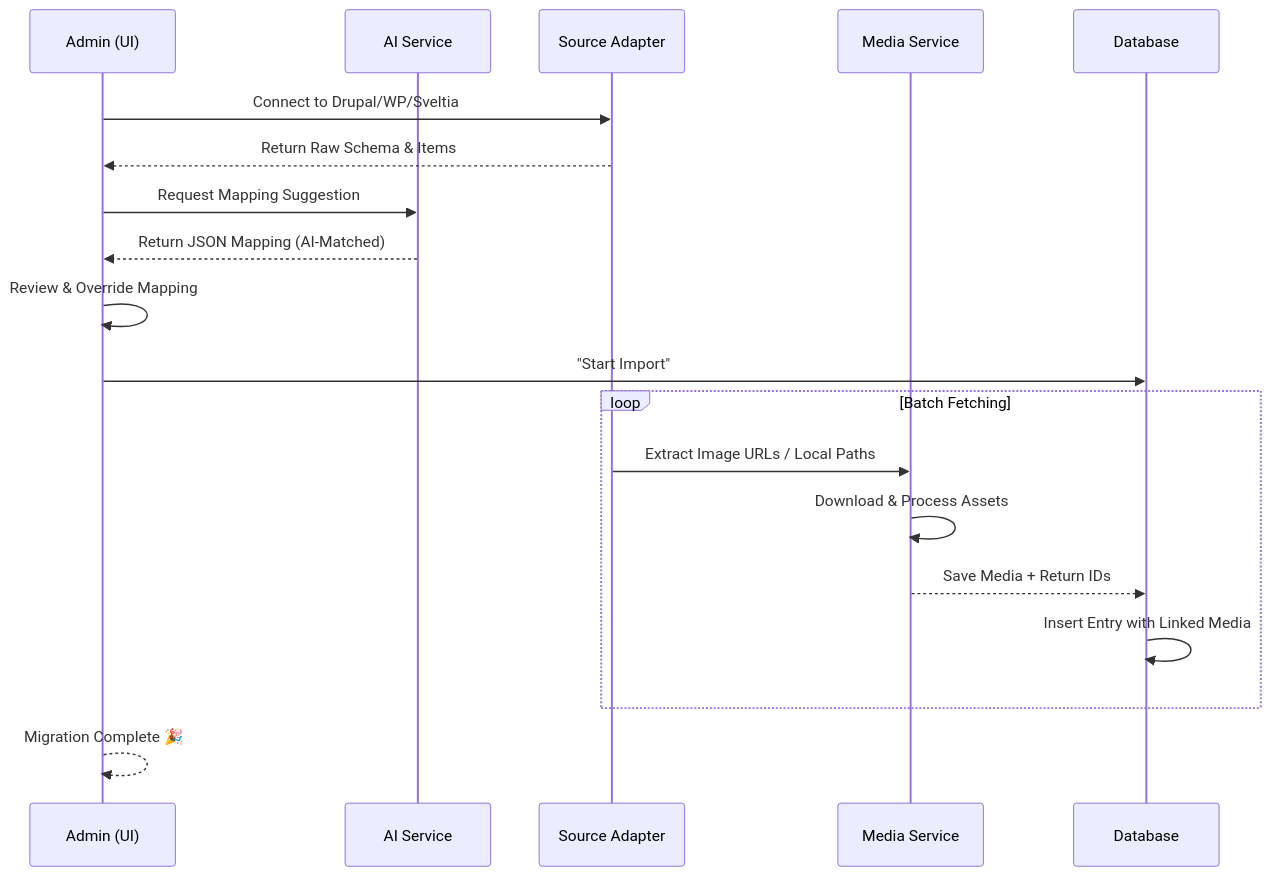
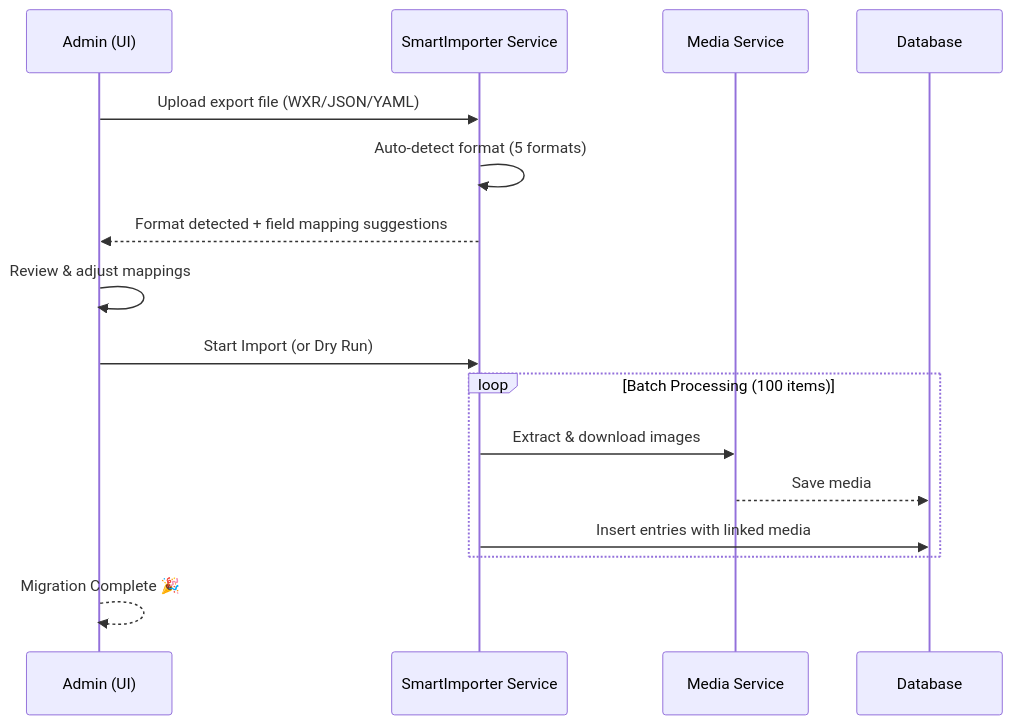
One commit to SveltyCMS/SveltyCMS changed the diagram in docs/guides/content/smart-importer.mdx. Above: the diagram before and after it, drawn with Mermaid. The commit also changed other lines of this file and 56 other files, not shown here.

````diff
--- a/docs/guides/content/smart-importer.mdx
+++ b/docs/guides/content/smart-importer.mdx
@@ -21,24 +23,21 @@
 ```mermaid
 sequenceDiagram
     participant User as Admin (UI)
-    participant AIS as AI Service
-    participant Adapter as Source Adapter
+    participant SI as SmartImporter Service
     participant Media as Media Service
     participant DB as Database
 
-    User->>Adapter: Connect to Drupal/WP/Sveltia
-    Adapter-->>User: Return Raw Schema & Items
-    User->>AIS: Request Mapping Suggestion
-    AIS-->>User: Return JSON Mapping (AI-Matched)
-    User->>User: Review & Override Mapping
-    User->>DB: "Start Import"
+    User->>SI: Upload export file (WXR/JSON/YAML)
+    SI->>SI: Auto-detect format (5 formats)
+    SI-->>User: Format detected + field mapping suggestions
+    User->>User: Review & adjust mappings
+    User->>SI: Start Import (or Dry Run)
 
-    loop Batch Fetching
-        Adapter->>Media: Extract Image URLs / Local Paths
-        Media->>Media: Download & Process Assets
-        Media-->>DB: Save Media + Return IDs
-        DB->>DB: Insert Entry with Linked Media
+    loop Batch Processing (100 items)
+        SI->>Media: Extract & download images
+        Media-->>DB: Save media
+        SI->>DB: Insert entries with linked media
     end
 
     User-->>User: Migration Complete 🎉
 ```
````
